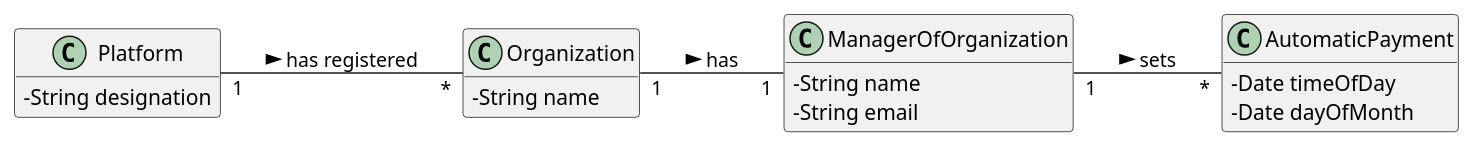
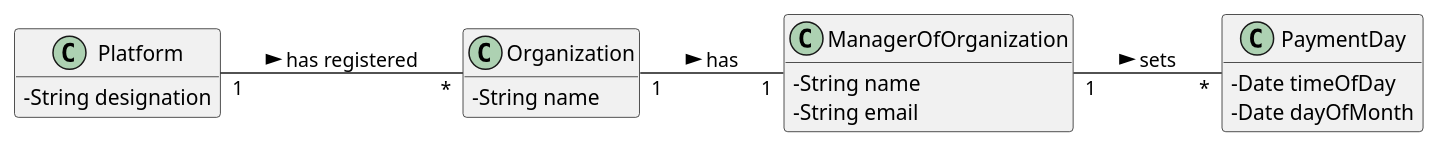
One commit to pedrolemos4/LAPR2 changed the diagram in docs/UC5 - Set Day of Payment/UC5_MD.puml. Above: the diagram before and after it, drawn with PlantUML. The commit also changed 4 other files, not shown here.

```diff
--- a/docs/UC5 - Set Day of Payment/UC5_MD.puml
+++ b/docs/UC5 - Set Day of Payment/UC5_MD.puml
@@ -1,27 +1,27 @@
 @startuml
 skinparam classAttributeIconSize 0
 hide methods
 left to right direction
 
 class Platform {
   -String designation
 }
 
 class ManagerOfOrganization {
   -String name
   -String email
 }
 
 class Organization {
   -String name
 }
 
-class AutomaticPayment {
+class PaymentDay {
   -Date timeOfDay
   -Date dayOfMonth
 }
 
 Platform "1" -- "*" Organization : has registered >
 Organization "1" -- "1" ManagerOfOrganization : has >
-ManagerOfOrganization "1" -- "*" AutomaticPayment : sets >
+ManagerOfOrganization "1" -- "*" PaymentDay : sets >
 @enduml
```
